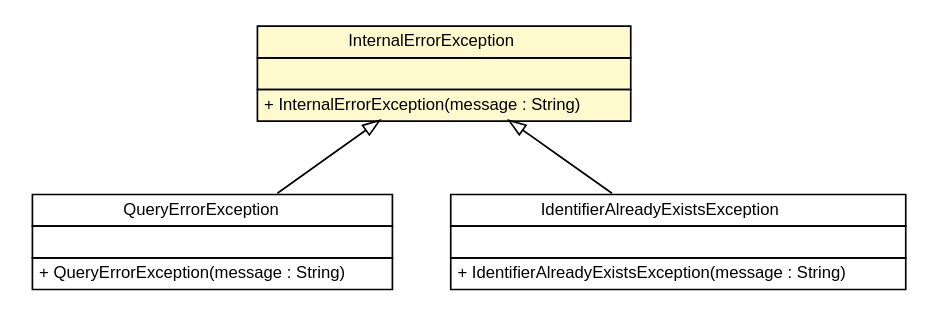
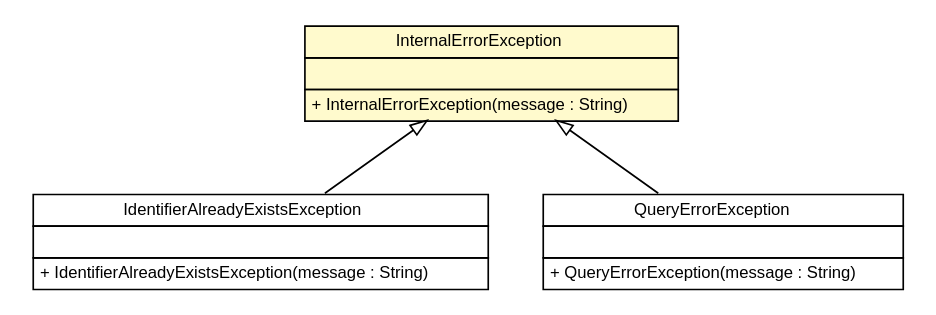
Before and after one commit to adrianorzyszek/r43ples: the diagram in site/apidocs/de/tud/plt/r43ples/exception/InternalErrorException.dot, drawn with Graphviz. The commit also changed 315 other files, not shown here.

```diff
--- a/site/apidocs/de/tud/plt/r43ples/exception/InternalErrorException.dot
+++ b/site/apidocs/de/tud/plt/r43ples/exception/InternalErrorException.dot
@@ -1,52 +1,52 @@
 #!/usr/local/bin/dot
 #
 # Class diagram 
 # Generated by UMLGraph version R5_6-24-gf6e263 (http://www.umlgraph.org/)
 #
 
 digraph G {
 	edge [fontname="Helvetica",fontsize=10,labelfontname="Helvetica",labelfontsize=10];
 	node [fontname="Helvetica",fontsize=10,shape=plaintext];
 	nodesep=0.25;
 	ranksep=0.5;
+	// de.tud.plt.r43ples.exception.IdentifierAlreadyExistsException
+	c978 [label=<<table title="de.tud.plt.r43ples.exception.IdentifierAlreadyExistsException" border="0" cellborder="1" cellspacing="0" cellpadding="2" port="p" href="./IdentifierAlreadyExistsException.html">
+		<tr><td><table border="0" cellspacing="0" cellpadding="1">
+<tr><td align="center" balign="center"> IdentifierAlreadyExistsException </td></tr>
+		</table></td></tr>
+		<tr><td><table border="0" cellspacing="0" cellpadding="1">
+<tr><td align="left" balign="left">  </td></tr>
+		</table></td></tr>
+		<tr><td><table border="0" cellspacing="0" cellpadding="1">
+<tr><td align="left" balign="left"> + IdentifierAlreadyExistsException(message : String) </td></tr>
+		</table></td></tr>
+		</table>>, URL="./IdentifierAlreadyExistsException.html", fontname="Helvetica", fontcolor="black", fontsize=10.0];
 	// de.tud.plt.r43ples.exception.InternalErrorException
-	c989 [label=<<table title="de.tud.plt.r43ples.exception.InternalErrorException" border="0" cellborder="1" cellspacing="0" cellpadding="2" port="p" bgcolor="lemonChiffon" href="./InternalErrorException.html">
+	c979 [label=<<table title="de.tud.plt.r43ples.exception.InternalErrorException" border="0" cellborder="1" cellspacing="0" cellpadding="2" port="p" bgcolor="lemonChiffon" href="./InternalErrorException.html">
 		<tr><td><table border="0" cellspacing="0" cellpadding="1">
 <tr><td align="center" balign="center"> InternalErrorException </td></tr>
 		</table></td></tr>
 		<tr><td><table border="0" cellspacing="0" cellpadding="1">
 <tr><td align="left" balign="left">  </td></tr>
 		</table></td></tr>
 		<tr><td><table border="0" cellspacing="0" cellpadding="1">
 <tr><td align="left" balign="left"> + InternalErrorException(message : String) </td></tr>
 		</table></td></tr>
 		</table>>, URL="./InternalErrorException.html", fontname="Helvetica", fontcolor="black", fontsize=10.0];
 	// de.tud.plt.r43ples.exception.QueryErrorException
-	c990 [label=<<table title="de.tud.plt.r43ples.exception.QueryErrorException" border="0" cellborder="1" cellspacing="0" cellpadding="2" port="p" href="./QueryErrorException.html">
+	c980 [label=<<table title="de.tud.plt.r43ples.exception.QueryErrorException" border="0" cellborder="1" cellspacing="0" cellpadding="2" port="p" href="./QueryErrorException.html">
 		<tr><td><table border="0" cellspacing="0" cellpadding="1">
 <tr><td align="center" balign="center"> QueryErrorException </td></tr>
 		</table></td></tr>
 		<tr><td><table border="0" cellspacing="0" cellpadding="1">
 <tr><td align="left" balign="left">  </td></tr>
 		</table></td></tr>
 		<tr><td><table border="0" cellspacing="0" cellpadding="1">
 <tr><td align="left" balign="left"> + QueryErrorException(message : String) </td></tr>
 		</table></td></tr>
 		</table>>, URL="./QueryErrorException.html", fontname="Helvetica", fontcolor="black", fontsize=10.0];
-	// de.tud.plt.r43ples.exception.IdentifierAlreadyExistsException
-	c991 [label=<<table title="de.tud.plt.r43ples.exception.IdentifierAlreadyExistsException" border="0" cellborder="1" cellspacing="0" cellpadding="2" port="p" href="./IdentifierAlreadyExistsException.html">
-		<tr><td><table border="0" cellspacing="0" cellpadding="1">
-<tr><td align="center" balign="center"> IdentifierAlreadyExistsException </td></tr>
-		</table></td></tr>
-		<tr><td><table border="0" cellspacing="0" cellpadding="1">
-<tr><td align="left" balign="left">  </td></tr>
-		</table></td></tr>
-		<tr><td><table border="0" cellspacing="0" cellpadding="1">
-<tr><td align="left" balign="left"> + IdentifierAlreadyExistsException(message : String) </td></tr>
-		</table></td></tr>
-		</table>>, URL="./IdentifierAlreadyExistsException.html", fontname="Helvetica", fontcolor="black", fontsize=10.0];
+	//de.tud.plt.r43ples.exception.IdentifierAlreadyExistsException extends de.tud.plt.r43ples.exception.InternalErrorException
+	c979:p -> c978:p [dir=back,arrowtail=empty];
 	//de.tud.plt.r43ples.exception.QueryErrorException extends de.tud.plt.r43ples.exception.InternalErrorException
-	c989:p -> c990:p [dir=back,arrowtail=empty];
-	//de.tud.plt.r43ples.exception.IdentifierAlreadyExistsException extends de.tud.plt.r43ples.exception.InternalErrorException
-	c989:p -> c991:p [dir=back,arrowtail=empty];
+	c979:p -> c980:p [dir=back,arrowtail=empty];
 }
```
